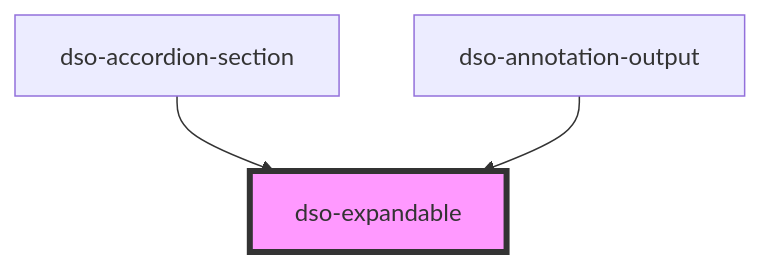
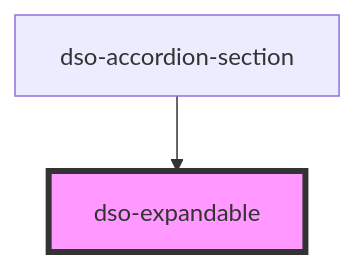
The diagram in packages/core/src/components/expandable/readme.md (dso-toolkit/dso-toolkit), drawn with Mermaid before and after one commit. The commit also changed other lines of this file and 27 other files, not shown here.

````diff
--- a/packages/core/src/components/expandable/readme.md
+++ b/packages/core/src/components/expandable/readme.md
@@ -31,6 +30,5 @@
 ```mermaid
 graph TD;
   dso-accordion-section --> dso-expandable
-  dso-annotation-output --> dso-expandable
   style dso-expandable fill:#f9f,stroke:#333,stroke-width:4px
 ```
````
